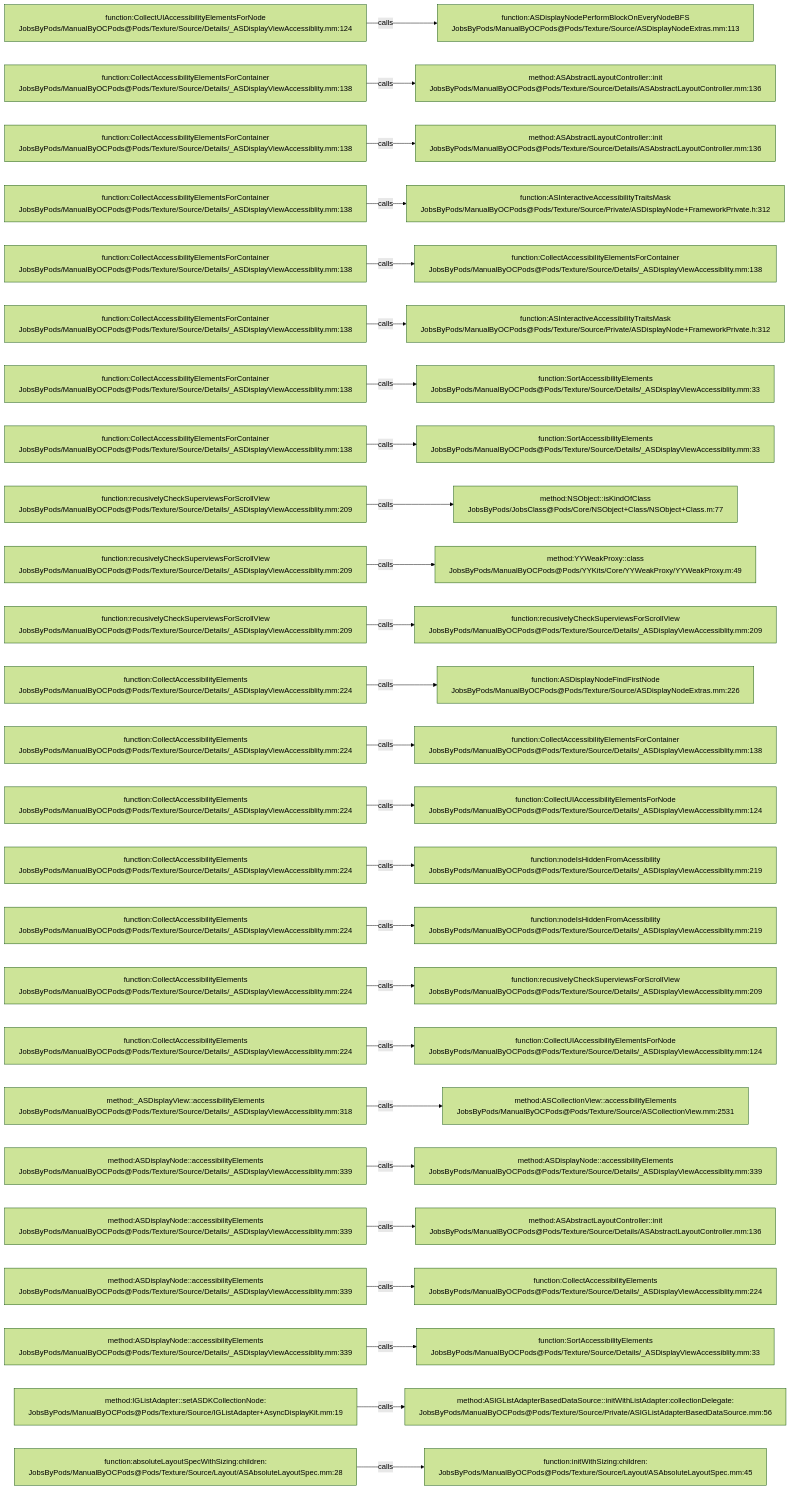
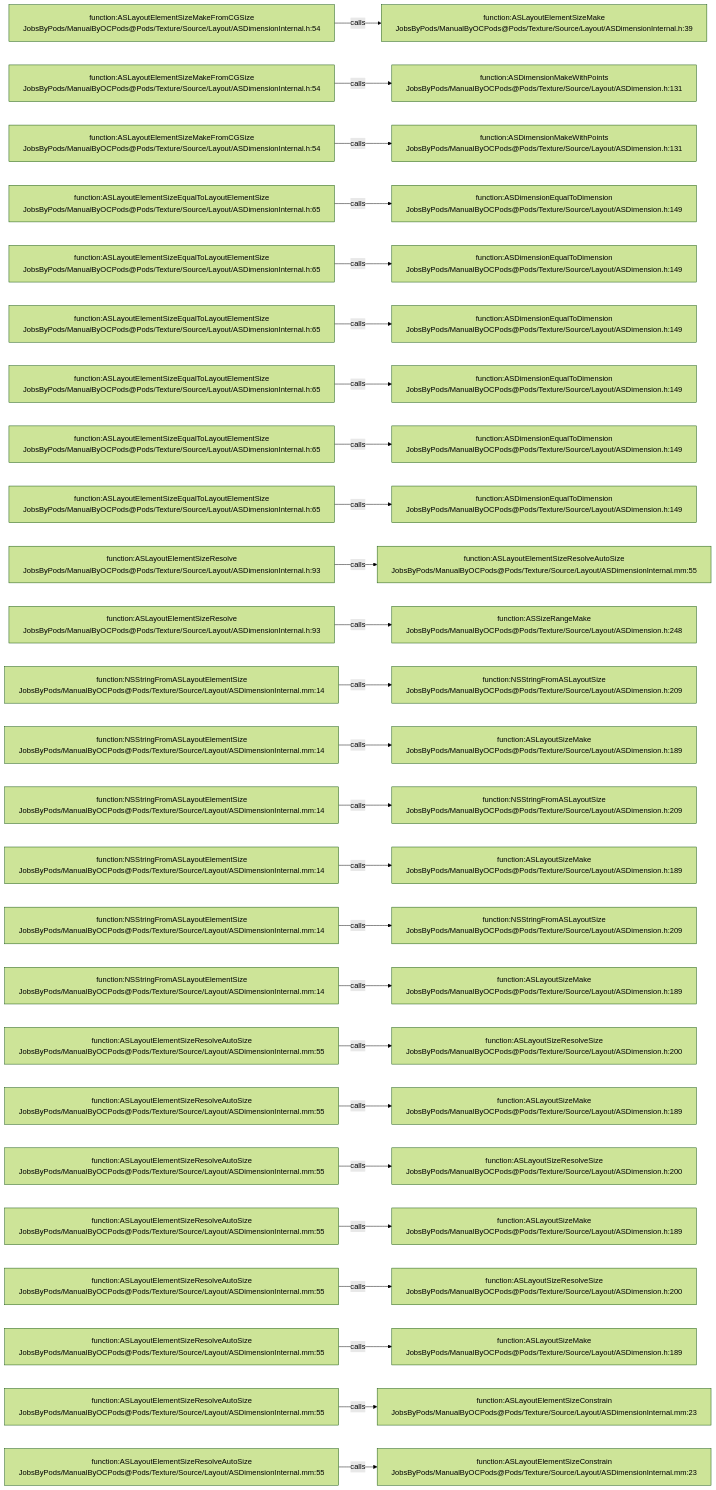
One commit to JobsKits/JobsOCBaseConfigDemo changed the diagram in .codegraph/codegraph.md/graphs/calls-175.md. Above: the diagram before and after it, drawn with Mermaid (forest theme). The commit also changed 1353 other files, not shown here.

````diff
--- a/.codegraph/codegraph.md/graphs/calls-175.md
+++ b/.codegraph/codegraph.md/graphs/calls-175.md
@@ -13,78 +13,78 @@
 ```mermaid
 flowchart LR
-  S1["function:CollectUIAccessibilityElementsForNode<br/>JobsByPods/ManualByOCPods@Pods/Texture/Source/Details/_ASDisplayViewAccessiblity.mm:124"]
-  T1["function:ASDisplayNodePerformBlockOnEveryNodeBFS<br/>JobsByPods/ManualByOCPods@Pods/Texture/Source/ASDisplayNodeExtras.mm:113"]
+  S1["function:ASLayoutElementSizeMakeFromCGSize<br/>JobsByPods/ManualByOCPods@Pods/Texture/Source/Layout/ASDimensionInternal.h:54"]
+  T1["function:ASLayoutElementSizeMake<br/>JobsByPods/ManualByOCPods@Pods/Texture/Source/Layout/ASDimensionInternal.h:39"]
   S1 -->|calls| T1
-  S2["function:CollectAccessibilityElementsForContainer<br/>JobsByPods/ManualByOCPods@Pods/Texture/Source/Details/_ASDisplayViewAccessiblity.mm:138"]
-  T2["method:ASAbstractLayoutController::init<br/>JobsByPods/ManualByOCPods@Pods/Texture/Source/Details/ASAbstractLayoutController.mm:136"]
+  S2["function:ASLayoutElementSizeMakeFromCGSize<br/>JobsByPods/ManualByOCPods@Pods/Texture/Source/Layout/ASDimensionInternal.h:54"]
+  T2["function:ASDimensionMakeWithPoints<br/>JobsByPods/ManualByOCPods@Pods/Texture/Source/Layout/ASDimension.h:131"]
   S2 -->|calls| T2
-  S3["function:CollectAccessibilityElementsForContainer<br/>JobsByPods/ManualByOCPods@Pods/Texture/Source/Details/_ASDisplayViewAccessiblity.mm:138"]
-  T3["method:ASAbstractLayoutController::init<br/>JobsByPods/ManualByOCPods@Pods/Texture/Source/Details/ASAbstractLayoutController.mm:136"]
+  S3["function:ASLayoutElementSizeMakeFromCGSize<br/>JobsByPods/ManualByOCPods@Pods/Texture/Source/Layout/ASDimensionInternal.h:54"]
+  T3["function:ASDimensionMakeWithPoints<br/>JobsByPods/ManualByOCPods@Pods/Texture/Source/Layout/ASDimension.h:131"]
   S3 -->|calls| T3
-  S4["function:CollectAccessibilityElementsForContainer<br/>JobsByPods/ManualByOCPods@Pods/Texture/Source/Details/_ASDisplayViewAccessiblity.mm:138"]
-  T4["function:ASInteractiveAccessibilityTraitsMask<br/>JobsByPods/ManualByOCPods@Pods/Texture/Source/Private/ASDisplayNode+FrameworkPrivate.h:312"]
+  S4["function:ASLayoutElementSizeEqualToLayoutElementSize<br/>JobsByPods/ManualByOCPods@Pods/Texture/Source/Layout/ASDimensionInternal.h:65"]
+  T4["function:ASDimensionEqualToDimension<br/>JobsByPods/ManualByOCPods@Pods/Texture/Source/Layout/ASDimension.h:149"]
   S4 -->|calls| T4
-  S5["function:CollectAccessibilityElementsForContainer<br/>JobsByPods/ManualByOCPods@Pods/Texture/Source/Details/_ASDisplayViewAccessiblity.mm:138"]
-  T5["function:CollectAccessibilityElementsForContainer<br/>JobsByPods/ManualByOCPods@Pods/Texture/Source/Details/_ASDisplayViewAccessiblity.mm:138"]
+  S5["function:ASLayoutElementSizeEqualToLayoutElementSize<br/>JobsByPods/ManualByOCPods@Pods/Texture/Source/Layout/ASDimensionInternal.h:65"]
+  T5["function:ASDimensionEqualToDimension<br/>JobsByPods/ManualByOCPods@Pods/Texture/Source/Layout/ASDimension.h:149"]
   S5 -->|calls| T5
-  S6["function:CollectAccessibilityElementsForContainer<br/>JobsByPods/ManualByOCPods@Pods/Texture/Source/Details/_ASDisplayViewAccessiblity.mm:138"]
-  T6["function:ASInteractiveAccessibilityTraitsMask<br/>JobsByPods/ManualByOCPods@Pods/Texture/Source/Private/ASDisplayNode+FrameworkPrivate.h:312"]
+  S6["function:ASLayoutElementSizeEqualToLayoutElementSize<br/>JobsByPods/ManualByOCPods@Pods/Texture/Source/Layout/ASDimensionInternal.h:65"]
+  T6["function:ASDimensionEqualToDimension<br/>JobsByPods/ManualByOCPods@Pods/Texture/Source/Layout/ASDimension.h:149"]
   S6 -->|calls| T6
-  S7["function:CollectAccessibilityElementsForContainer<br/>JobsByPods/ManualByOCPods@Pods/Texture/Source/Details/_ASDisplayViewAccessiblity.mm:138"]
-  T7["function:SortAccessibilityElements<br/>JobsByPods/ManualByOCPods@Pods/Texture/Source/Details/_ASDisplayViewAccessiblity.mm:33"]
+  S7["function:ASLayoutElementSizeEqualToLayoutElementSize<br/>JobsByPods/ManualByOCPods@Pods/Texture/Source/Layout/ASDimensionInternal.h:65"]
+  T7["function:ASDimensionEqualToDimension<br/>JobsByPods/ManualByOCPods@Pods/Texture/Source/Layout/ASDimension.h:149"]
   S7 -->|calls| T7
-  S8["function:CollectAccessibilityElementsForContainer<br/>JobsByPods/ManualByOCPods@Pods/Texture/Source/Details/_ASDisplayViewAccessiblity.mm:138"]
-  T8["function:SortAccessibilityElements<br/>JobsByPods/ManualByOCPods@Pods/Texture/Source/Details/_ASDisplayViewAccessiblity.mm:33"]
+  S8["function:ASLayoutElementSizeEqualToLayoutElementSize<br/>JobsByPods/ManualByOCPods@Pods/Texture/Source/Layout/ASDimensionInternal.h:65"]
+  T8["function:ASDimensionEqualToDimension<br/>JobsByPods/ManualByOCPods@Pods/Texture/Source/Layout/ASDimension.h:149"]
   S8 -->|calls| T8
-  S9["function:recusivelyCheckSuperviewsForScrollView<br/>JobsByPods/ManualByOCPods@Pods/Texture/Source/Details/_ASDisplayViewAccessiblity.mm:209"]
-  T9["method:NSObject::isKindOfClass<br/>JobsByPods/JobsClass@Pods/Core/NSObject+Class/NSObject+Class.m:77"]
+  S9["function:ASLayoutElementSizeEqualToLayoutElementSize<br/>JobsByPods/ManualByOCPods@Pods/Texture/Source/Layout/ASDimensionInternal.h:65"]
+  T9["function:ASDimensionEqualToDimension<br/>JobsByPods/ManualByOCPods@Pods/Texture/Source/Layout/ASDimension.h:149"]
   S9 -->|calls| T9
-  S10["function:recusivelyCheckSuperviewsForScrollView<br/>JobsByPods/ManualByOCPods@Pods/Texture/Source/Details/_ASDisplayViewAccessiblity.mm:209"]
-  T10["method:YYWeakProxy::class<br/>JobsByPods/ManualByOCPods@Pods/YYKits/Core/YYWeakProxy/YYWeakProxy.m:49"]
+  S10["function:ASLayoutElementSizeResolve<br/>JobsByPods/ManualByOCPods@Pods/Texture/Source/Layout/ASDimensionInternal.h:93"]
+  T10["function:ASLayoutElementSizeResolveAutoSize<br/>JobsByPods/ManualByOCPods@Pods/Texture/Source/Layout/ASDimensionInternal.mm:55"]
   S10 -->|calls| T10
-  S11["function:recusivelyCheckSuperviewsForScrollView<br/>JobsByPods/ManualByOCPods@Pods/Texture/Source/Details/_ASDisplayViewAccessiblity.mm:209"]
-  T11["function:recusivelyCheckSuperviewsForScrollView<br/>JobsByPods/ManualByOCPods@Pods/Texture/Source/Details/_ASDisplayViewAccessiblity.mm:209"]
+  S11["function:ASLayoutElementSizeResolve<br/>JobsByPods/ManualByOCPods@Pods/Texture/Source/Layout/ASDimensionInternal.h:93"]
+  T11["function:ASSizeRangeMake<br/>JobsByPods/ManualByOCPods@Pods/Texture/Source/Layout/ASDimension.h:248"]
   S11 -->|calls| T11
-  S12["function:CollectAccessibilityElements<br/>JobsByPods/ManualByOCPods@Pods/Texture/Source/Details/_ASDisplayViewAccessiblity.mm:224"]
-  T12["function:ASDisplayNodeFindFirstNode<br/>JobsByPods/ManualByOCPods@Pods/Texture/Source/ASDisplayNodeExtras.mm:226"]
+  S12["function:NSStringFromASLayoutElementSize<br/>JobsByPods/ManualByOCPods@Pods/Texture/Source/Layout/ASDimensionInternal.mm:14"]
+  T12["function:NSStringFromASLayoutSize<br/>JobsByPods/ManualByOCPods@Pods/Texture/Source/Layout/ASDimension.h:209"]
   S12 -->|calls| T12
-  S13["function:CollectAccessibilityElements<br/>JobsByPods/ManualByOCPods@Pods/Texture/Source/Details/_ASDisplayViewAccessiblity.mm:224"]
-  T13["function:CollectAccessibilityElementsForContainer<br/>JobsByPods/ManualByOCPods@Pods/Texture/Source/Details/_ASDisplayViewAccessiblity.mm:138"]
+  S13["function:NSStringFromASLayoutElementSize<br/>JobsByPods/ManualByOCPods@Pods/Texture/Source/Layout/ASDimensionInternal.mm:14"]
+  T13["function:ASLayoutSizeMake<br/>JobsByPods/ManualByOCPods@Pods/Texture/Source/Layout/ASDimension.h:189"]
   S13 -->|calls| T13
-  S14["function:CollectAccessibilityElements<br/>JobsByPods/ManualByOCPods@Pods/Texture/Source/Details/_ASDisplayViewAccessiblity.mm:224"]
-  T14["function:CollectUIAccessibilityElementsForNode<br/>JobsByPods/ManualByOCPods@Pods/Texture/Source/Details/_ASDisplayViewAccessiblity.mm:124"]
+  S14["function:NSStringFromASLayoutElementSize<br/>JobsByPods/ManualByOCPods@Pods/Texture/Source/Layout/ASDimensionInternal.mm:14"]
+  T14["function:NSStringFromASLayoutSize<br/>JobsByPods/ManualByOCPods@Pods/Texture/Source/Layout/ASDimension.h:209"]
   S14 -->|calls| T14
-  S15["function:CollectAccessibilityElements<br/>JobsByPods/ManualByOCPods@Pods/Texture/Source/Details/_ASDisplayViewAccessiblity.mm:224"]
-  T15["function:nodeIsHiddenFromAcessibility<br/>JobsByPods/ManualByOCPods@Pods/Texture/Source/Details/_ASDisplayViewAccessiblity.mm:219"]
+  S15["function:NSStringFromASLayoutElementSize<br/>JobsByPods/ManualByOCPods@Pods/Texture/Source/Layout/ASDimensionInternal.mm:14"]
+  T15["function:ASLayoutSizeMake<br/>JobsByPods/ManualByOCPods@Pods/Texture/Source/Layout/ASDimension.h:189"]
   S15 -->|calls| T15
-  S16["function:CollectAccessibilityElements<br/>JobsByPods/ManualByOCPods@Pods/Texture/Source/Details/_ASDisplayViewAccessiblity.mm:224"]
-  T16["function:nodeIsHiddenFromAcessibility<br/>JobsByPods/ManualByOCPods@Pods/Texture/Source/Details/_ASDisplayViewAccessiblity.mm:219"]
+  S16["function:NSStringFromASLayoutElementSize<br/>JobsByPods/ManualByOCPods@Pods/Texture/Source/Layout/ASDimensionInternal.mm:14"]
+  T16["function:NSStringFromASLayoutSize<br/>JobsByPods/ManualByOCPods@Pods/Texture/Source/Layout/ASDimension.h:209"]
   S16 -->|calls| T16
-  S17["function:CollectAccessibilityElements<br/>JobsByPods/ManualByOCPods@Pods/Texture/Source/Details/_ASDisplayViewAccessiblity.mm:224"]
-  T17["function:recusivelyCheckSuperviewsForScrollView<br/>JobsByPods/ManualByOCPods@Pods/Texture/Source/Details/_ASDisplayViewAccessiblity.mm:209"]
+  S17["function:NSStringFromASLayoutElementSize<br/>JobsByPods/ManualByOCPods@Pods/Texture/Source/Layout/ASDimensionInternal.mm:14"]
+  T17["function:ASLayoutSizeMake<br/>JobsByPods/ManualByOCPods@Pods/Texture/Source/Layout/ASDimension.h:189"]
   S17 -->|calls| T17
-  S18["function:CollectAccessibilityElements<br/>JobsByPods/ManualByOCPods@Pods/Texture/Source/Details/_ASDisplayViewAccessiblity.mm:224"]
-  T18["function:CollectUIAccessibilityElementsForNode<br/>JobsByPods/ManualByOCPods@Pods/Texture/Source/Details/_ASDisplayViewAccessiblity.mm:124"]
+  S18["function:ASLayoutElementSizeResolveAutoSize<br/>JobsByPods/ManualByOCPods@Pods/Texture/Source/Layout/ASDimensionInternal.mm:55"]
+  T18["function:ASLayoutSizeResolveSize<br/>JobsByPods/ManualByOCPods@Pods/Texture/Source/Layout/ASDimension.h:200"]
   S18 -->|calls| T18
-  S19["method:_ASDisplayView::accessibilityElements<br/>JobsByPods/ManualByOCPods@Pods/Texture/Source/Details/_ASDisplayViewAccessiblity.mm:318"]
-  T19["method:ASCollectionView::accessibilityElements<br/>JobsByPods/ManualByOCPods@Pods/Texture/Source/ASCollectionView.mm:2531"]
+  S19["function:ASLayoutElementSizeResolveAutoSize<br/>JobsByPods/ManualByOCPods@Pods/Texture/Source/Layout/ASDimensionInternal.mm:55"]
+  T19["function:ASLayoutSizeMake<br/>JobsByPods/ManualByOCPods@Pods/Texture/Source/Layout/ASDimension.h:189"]
   S19 -->|calls| T19
-  S20["method:ASDisplayNode::accessibilityElements<br/>JobsByPods/ManualByOCPods@Pods/Texture/Source/Details/_ASDisplayViewAccessiblity.mm:339"]
-  T20["method:ASDisplayNode::accessibilityElements<br/>JobsByPods/ManualByOCPods@Pods/Texture/Source/Details/_ASDisplayViewAccessiblity.mm:339"]
+  S20["function:ASLayoutElementSizeResolveAutoSize<br/>JobsByPods/ManualByOCPods@Pods/Texture/Source/Layout/ASDimensionInternal.mm:55"]
+  T20["function:ASLayoutSizeResolveSize<br/>JobsByPods/ManualByOCPods@Pods/Texture/Source/Layout/ASDimension.h:200"]
   S20 -->|calls| T20
-  S21["method:ASDisplayNode::accessibilityElements<br/>JobsByPods/ManualByOCPods@Pods/Texture/Source/Details/_ASDisplayViewAccessiblity.mm:339"]
-  T21["method:ASAbstractLayoutController::init<br/>JobsByPods/ManualByOCPods@Pods/Texture/Source/Details/ASAbstractLayoutController.mm:136"]
+  S21["function:ASLayoutElementSizeResolveAutoSize<br/>JobsByPods/ManualByOCPods@Pods/Texture/Source/Layout/ASDimensionInternal.mm:55"]
+  T21["function:ASLayoutSizeMake<br/>JobsByPods/ManualByOCPods@Pods/Texture/Source/Layout/ASDimension.h:189"]
   S21 -->|calls| T21
-  S22["method:ASDisplayNode::accessibilityElements<br/>JobsByPods/ManualByOCPods@Pods/Texture/Source/Details/_ASDisplayViewAccessiblity.mm:339"]
-  T22["function:CollectAccessibilityElements<br/>JobsByPods/ManualByOCPods@Pods/Texture/Source/Details/_ASDisplayViewAccessiblity.mm:224"]
+  S22["function:ASLayoutElementSizeResolveAutoSize<br/>JobsByPods/ManualByOCPods@Pods/Texture/Source/Layout/ASDimensionInternal.mm:55"]
+  T22["function:ASLayoutSizeResolveSize<br/>JobsByPods/ManualByOCPods@Pods/Texture/Source/Layout/ASDimension.h:200"]
   S22 -->|calls| T22
-  S23["method:ASDisplayNode::accessibilityElements<br/>JobsByPods/ManualByOCPods@Pods/Texture/Source/Details/_ASDisplayViewAccessiblity.mm:339"]
-  T23["function:SortAccessibilityElements<br/>JobsByPods/ManualByOCPods@Pods/Texture/Source/Details/_ASDisplayViewAccessiblity.mm:33"]
+  S23["function:ASLayoutElementSizeResolveAutoSize<br/>JobsByPods/ManualByOCPods@Pods/Texture/Source/Layout/ASDimensionInternal.mm:55"]
+  T23["function:ASLayoutSizeMake<br/>JobsByPods/ManualByOCPods@Pods/Texture/Source/Layout/ASDimension.h:189"]
   S23 -->|calls| T23
-  S24["method:IGListAdapter::setASDKCollectionNode:<br/>JobsByPods/ManualByOCPods@Pods/Texture/Source/IGListAdapter+AsyncDisplayKit.mm:19"]
-  T24["method:ASIGListAdapterBasedDataSource::initWithListAdapter:collectionDelegate:<br/>JobsByPods/ManualByOCPods@Pods/Texture/Source/Private/ASIGListAdapterBasedDataSource.mm:56"]
+  S24["function:ASLayoutElementSizeResolveAutoSize<br/>JobsByPods/ManualByOCPods@Pods/Texture/Source/Layout/ASDimensionInternal.mm:55"]
+  T24["function:ASLayoutElementSizeConstrain<br/>JobsByPods/ManualByOCPods@Pods/Texture/Source/Layout/ASDimensionInternal.mm:23"]
   S24 -->|calls| T24
-  S25["function:absoluteLayoutSpecWithSizing:children:<br/>JobsByPods/ManualByOCPods@Pods/Texture/Source/Layout/ASAbsoluteLayoutSpec.mm:28"]
-  T25["function:initWithSizing:children:<br/>JobsByPods/ManualByOCPods@Pods/Texture/Source/Layout/ASAbsoluteLayoutSpec.mm:45"]
+  S25["function:ASLayoutElementSizeResolveAutoSize<br/>JobsByPods/ManualByOCPods@Pods/Texture/Source/Layout/ASDimensionInternal.mm:55"]
+  T25["function:ASLayoutElementSizeConstrain<br/>JobsByPods/ManualByOCPods@Pods/Texture/Source/Layout/ASDimensionInternal.mm:23"]
   S25 -->|calls| T25
 ```
````
